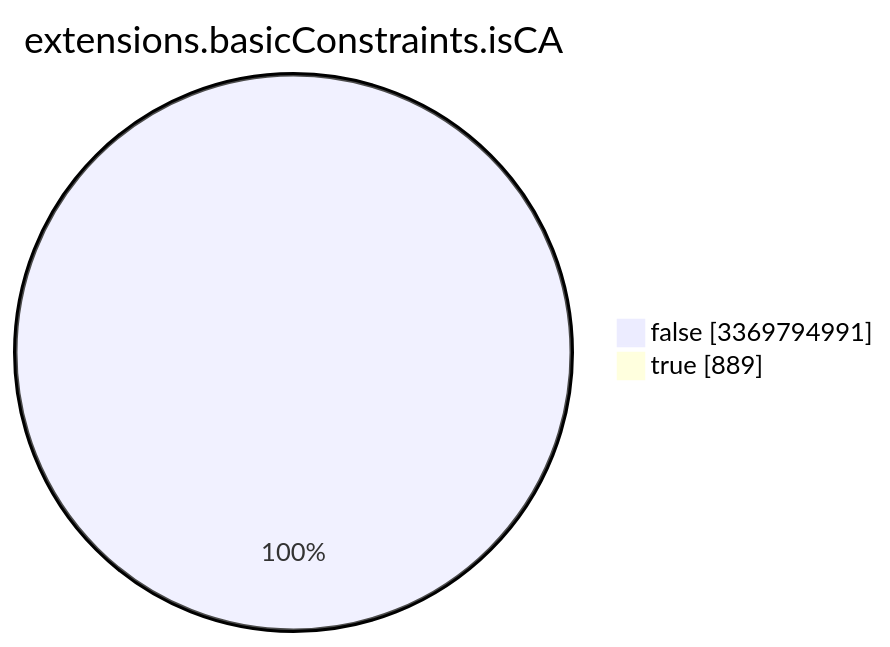
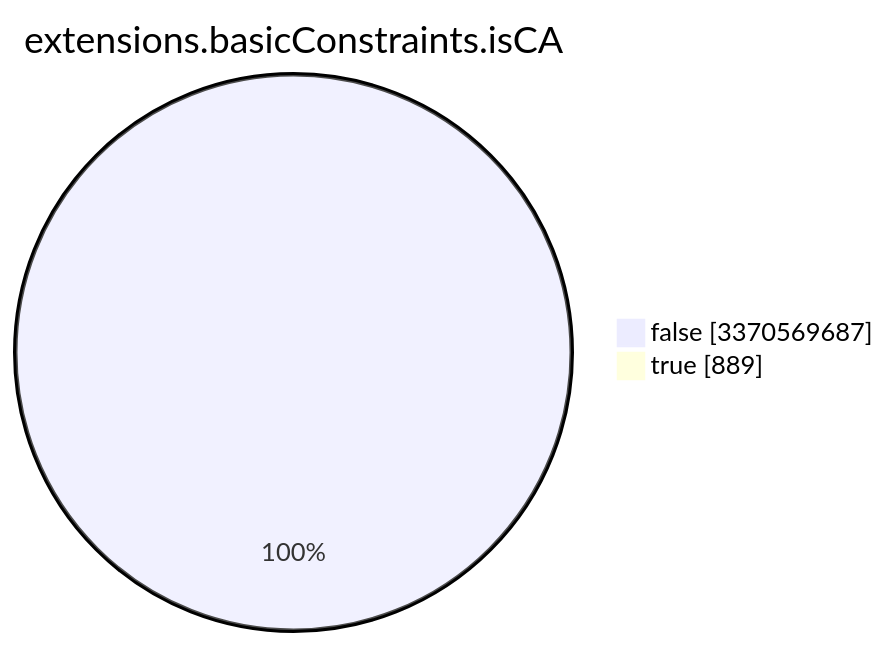
Before and after one commit to christiankrug/ctmonitor_visualization: the seventh of 15 diagrams in TOTAL/README.md, drawn with Mermaid. The commit also changed other lines of this file, not shown here.

````diff
--- a/TOTAL/README.md
+++ b/TOTAL/README.md
@@ -3090,6 +3090,6 @@
 ```mermaid
 pie showData
 title extensions.basicConstraints.isCA
-"false" :3369794991
+"false" :3370569687
 "true" :889
 ```
````
